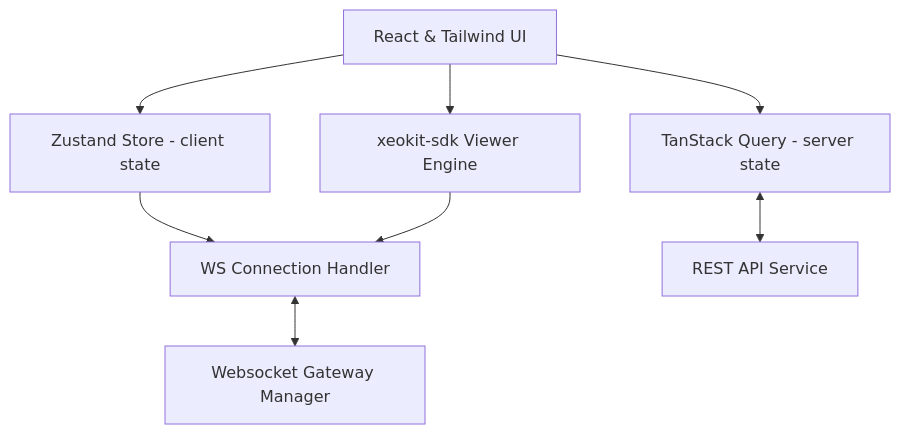
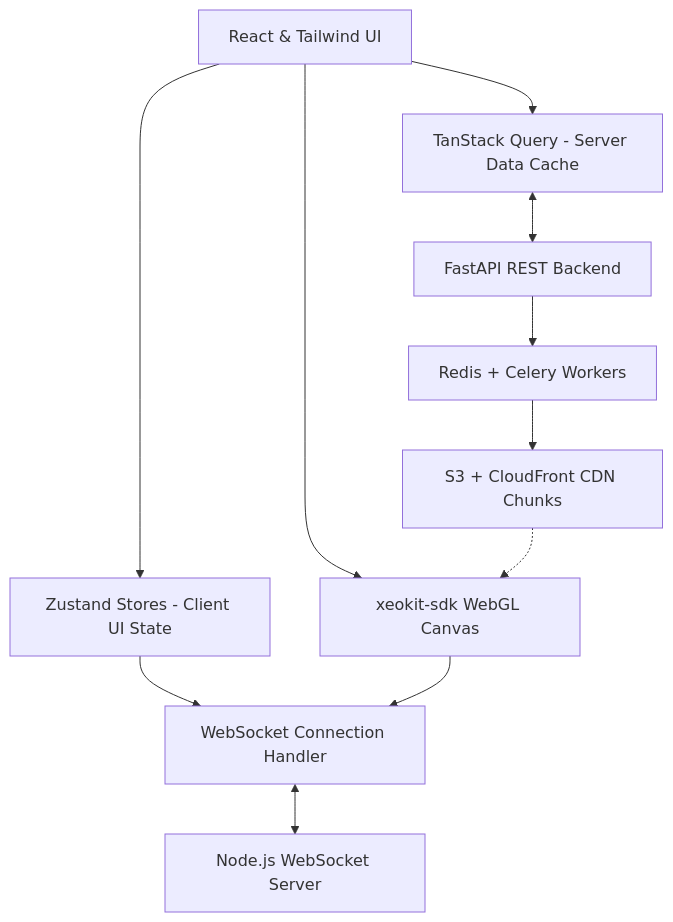
One commit to prithivi043/open-format-3d-viewer changed the diagram in frontend/README.md. Above: the diagram before and after it, drawn with Mermaid. The commit also changed other lines of this file, not shown here.

````diff
--- a/frontend/README.md
+++ b/frontend/README.md
@@ -9,10 +24,15 @@
 ```mermaid
 graph TD
-  UserInterface[React & Tailwind UI] --> ZustandStores[Zustand Store - client state]
-  UserInterface --> TanStackQuery[TanStack Query - server state]
-  UserInterface --> XeokitViewer[xeokit-sdk Viewer Engine]
-  ZustandStores --> SyncHub[WS Connection Handler]
-  XeokitViewer --> SyncHub
-  SyncHub <--> BackendWS[Websocket Gateway Manager]
-  TanStackQuery <--> BackendAPI[REST API Service]
+  UserInterface[React & Tailwind UI] --> ZustandStores[Zustand Stores - Client UI State]
+  UserInterface --> TanStackQuery[TanStack Query - Server Data Cache]
+  UserInterface --> XeokitViewer[xeokit-sdk WebGL Canvas]
+  
+  ZustandStores --> WSHandler[WebSocket Connection Handler]
+  XeokitViewer --> WSHandler
+  
+  WSHandler <--> LiveGateway[Node.js WebSocket Server]
+  TanStackQuery <--> RESTAPI[FastAPI REST Backend]
+  RESTAPI --> TaskQueue[Redis + Celery Workers]
+  TaskQueue --> CDN[S3 + CloudFront CDN Chunks]
+  CDN -.-> XeokitViewer
 ```
````
